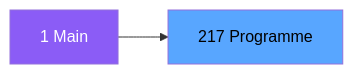
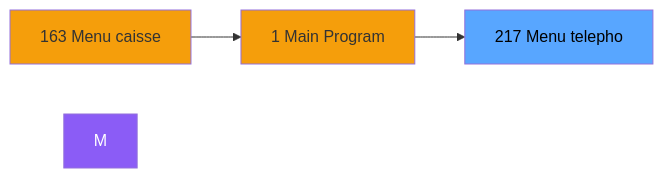
One commit to thonyAGP/magic-migration changed the second of 3 diagrams in .openspec/specs/ADH-IDE-217.md. Above: the diagram before and after it, drawn with Mermaid. The commit also changed other lines of this file and 323 other files, not shown here.

````diff
--- a/.openspec/specs/ADH-IDE-217.md
+++ b/.openspec/specs/ADH-IDE-217.md
@@ -108,8 +123,12 @@
 ```mermaid
 graph LR
-    M[1 Main]
-    T[217 Programme]
-    M --> T
+    N163[163 Menu caisse ]
+    N1[1 Main Program]
+    T[217 Menu telepho]
+    N163 --> N1
+    N1 --> T
     style M fill:#8b5cf6,color:#fff
+    style N163 fill:#f59e0b
+    style N1 fill:#f59e0b
     style T fill:#58a6ff,color:#000
 ```
````
